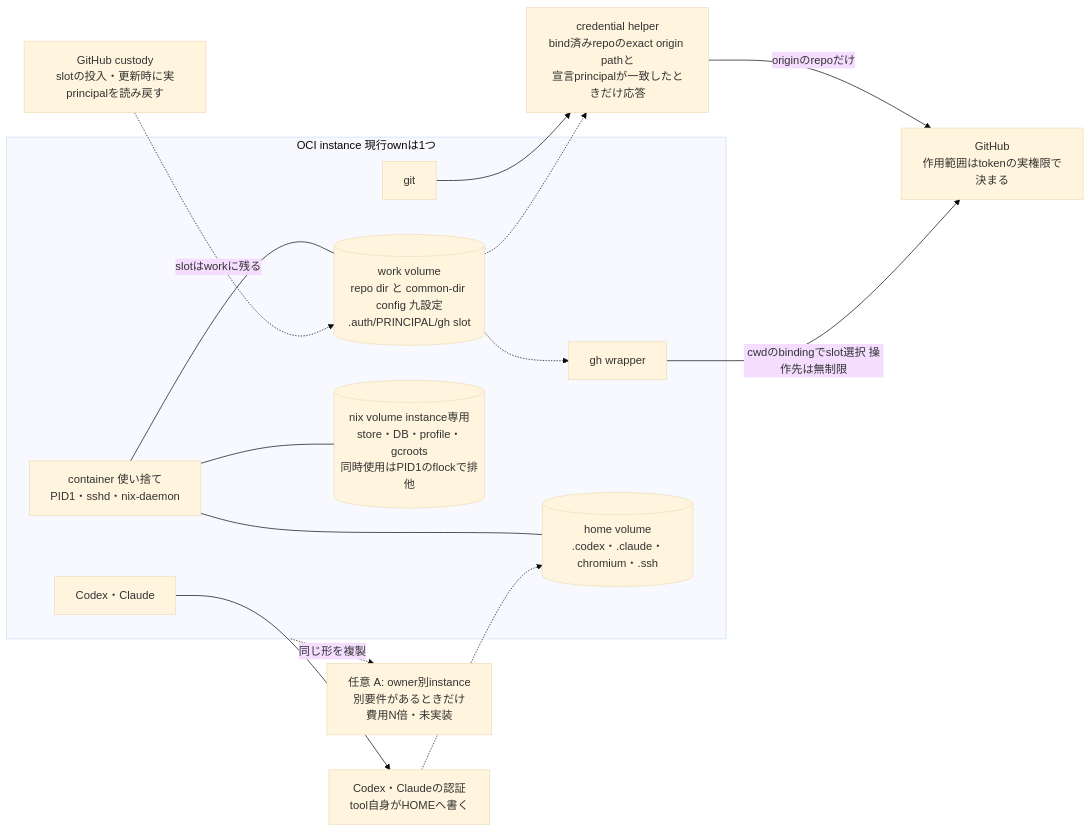
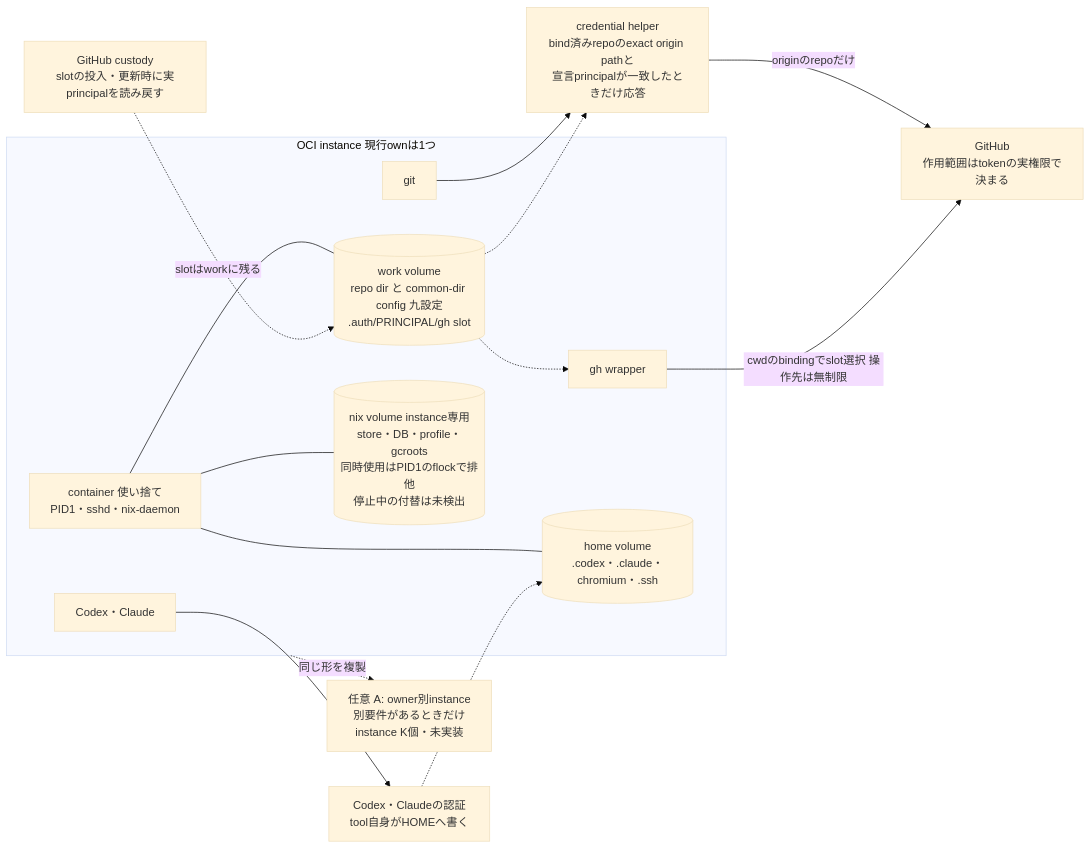
The diagram in docs/oci-repo-owner-proposal.md (roccho-dev/resources), drawn with Mermaid (base theme) before and after one commit. The commit also changed other lines of this file, not shown here.

````diff
--- a/docs/oci-repo-owner-proposal.md
+++ b/docs/oci-repo-owner-proposal.md
@@ -102,27 +110,27 @@
 ```mermaid
 flowchart LR
   subgraph INST["OCI instance 現行ownは1つ"]
     CT["container 使い捨て<br/>PID1・sshd・nix-daemon"]
     GIT["git"]
     GHW["gh wrapper"]
     AI["Codex・Claude"]
     HOME[("home volume<br/>.codex・.claude・chromium・.ssh")]
     WORK[("work volume<br/>repo dir と common-dir config 九設定<br/>.auth/PRINCIPAL/gh slot")]
-    NIX[("nix volume instance専用<br/>store・DB・profile・gcroots<br/>同時使用はPID1のflockで排他")]
+    NIX[("nix volume instance専用<br/>store・DB・profile・gcroots<br/>同時使用はPID1のflockで排他<br/>停止中の付替は未検出")]
     CT --- HOME & WORK & NIX
   end
   HELP["credential helper<br/>bind済みrepoのexact origin pathと<br/>宣言principalが一致したときだけ応答"]
   GH["GitHub<br/>作用範囲はtokenの実権限で決まる"]
   CUS["GitHub custody<br/>slotの投入・更新時に実principalを読み戻す"]
   AIP["Codex・Claudeの認証<br/>tool自身がHOMEへ書く"]
-  OPT["任意 A: owner別instance<br/>別要件があるときだけ<br/>費用N倍・未実装"]
+  OPT["任意 A: owner別instance<br/>別要件があるときだけ<br/>instance K個・未実装"]
   GIT --> HELP
   WORK -.-> HELP
   WORK -.-> GHW
   HELP -->|originのrepoだけ| GH
   GHW -->|cwdのbindingでslot選択 操作先は無制限| GH
   CUS -.->|slotはworkに残る| WORK
   AI --> AIP
   AIP -.-> HOME
   INST -.->|同じ形を複製| OPT
 ```
````
